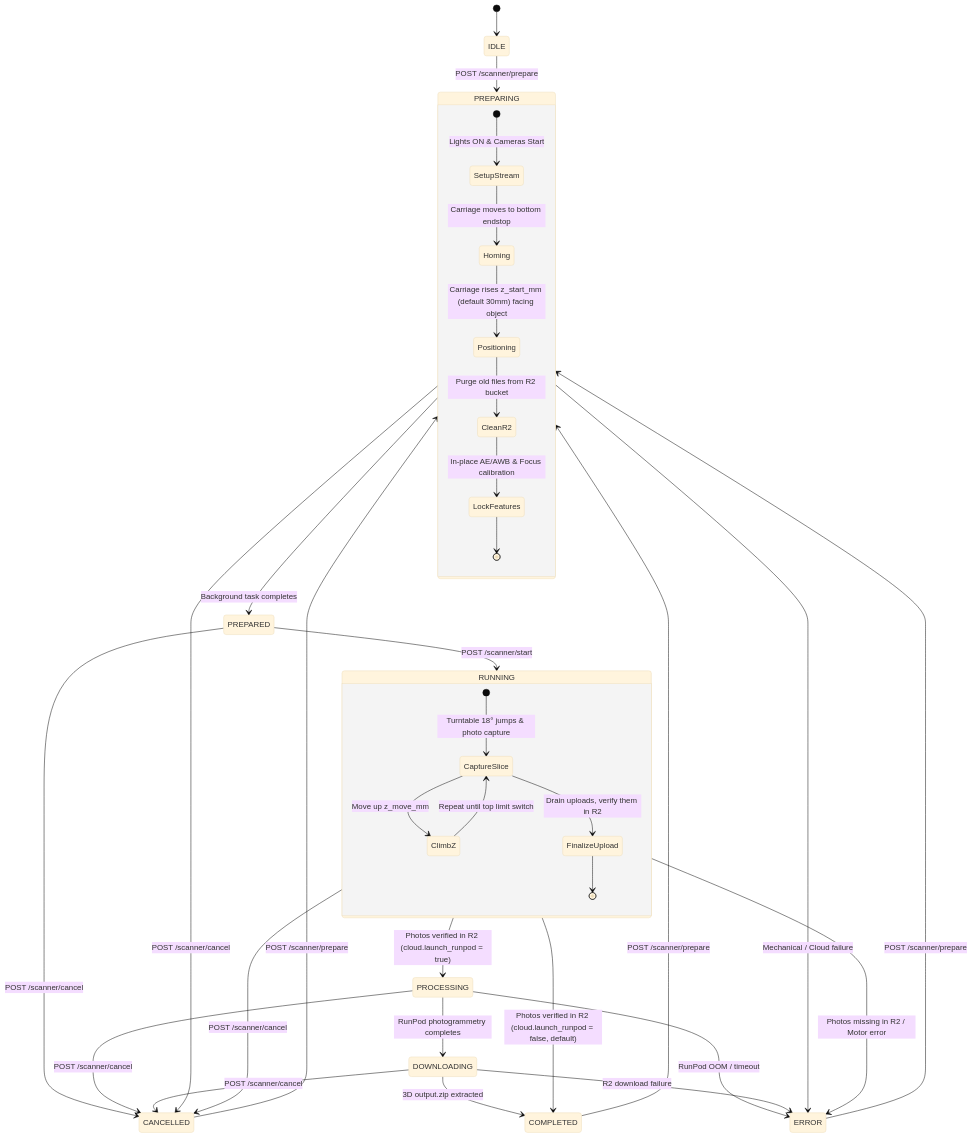
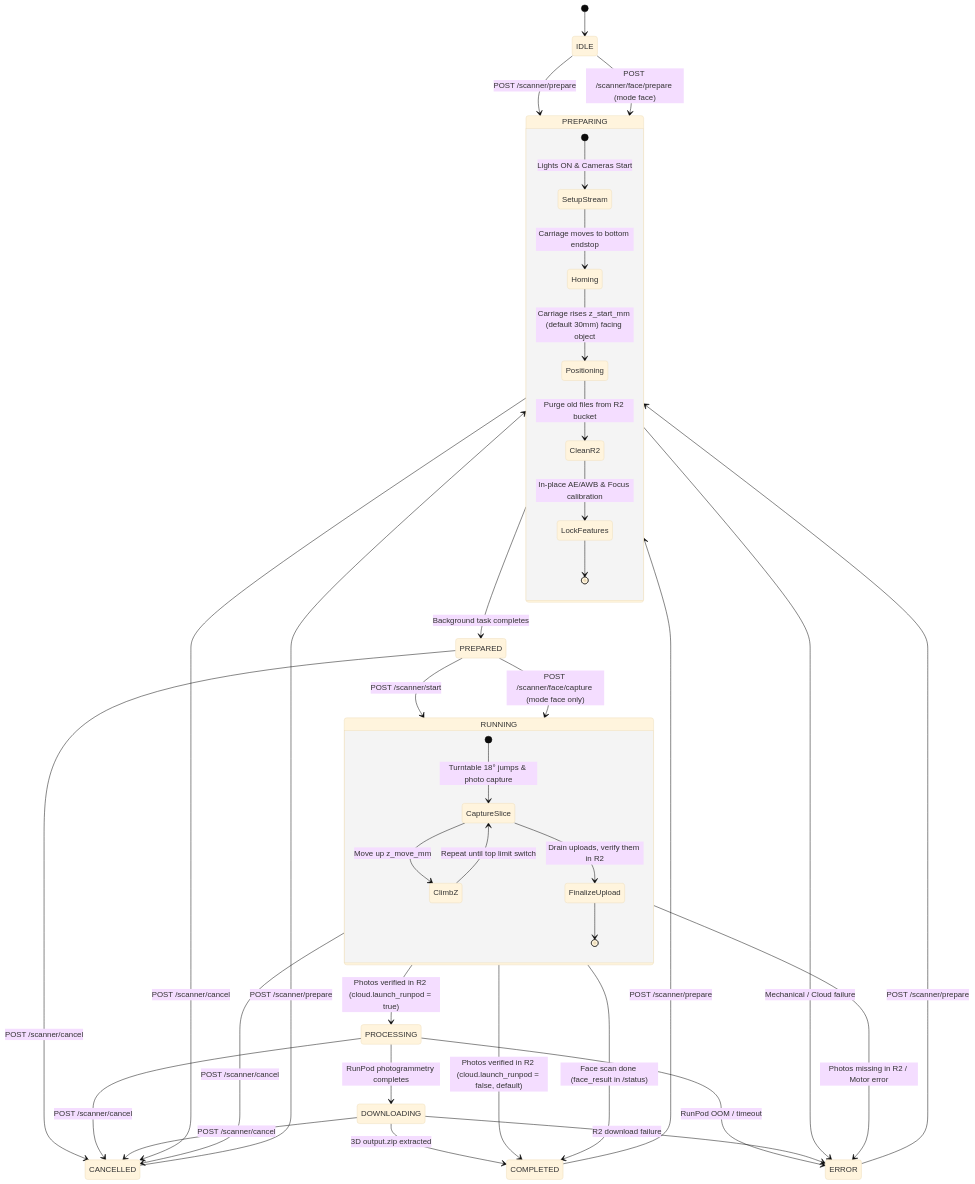
The diagram in router/docs/SCANNER_API.md (AlinC10/3d-scanner-raspberry-pi), drawn with Mermaid (base theme) before and after one commit. The commit also changed other lines of this file and 78 other files, not shown here.

````diff
--- a/router/docs/SCANNER_API.md
+++ b/router/docs/SCANNER_API.md
@@ -15,44 +19,48 @@
 ```mermaid
 stateDiagram-v2
     [*] --> IDLE
     IDLE --> PREPARING: POST /scanner/prepare
     COMPLETED --> PREPARING: POST /scanner/prepare
     CANCELLED --> PREPARING: POST /scanner/prepare
     ERROR --> PREPARING: POST /scanner/prepare
 
     state PREPARING {
         [*] --> SetupStream: Lights ON & Cameras Start
         SetupStream --> Homing: Carriage moves to bottom endstop
         Homing --> Positioning: Carriage rises z_start_mm (default 30mm) facing object
         Positioning --> CleanR2: Purge old files from R2 bucket
         CleanR2 --> LockFeatures: In-place AE/AWB & Focus calibration
         LockFeatures --> [*]
     }
 
     PREPARING --> PREPARED: Background task completes
     PREPARED --> RUNNING: POST /scanner/start
 
     state RUNNING {
         [*] --> CaptureSlice: Turntable 18° jumps & photo capture
         CaptureSlice --> ClimbZ: Move up z_move_mm
         ClimbZ --> CaptureSlice: Repeat until top limit switch
         CaptureSlice --> FinalizeUpload: Drain uploads, verify them in R2
         FinalizeUpload --> [*]
     }
 
     RUNNING --> COMPLETED: Photos verified in R2 (cloud.launch_runpod = false, default)
     RUNNING --> PROCESSING: Photos verified in R2 (cloud.launch_runpod = true)
     PROCESSING --> DOWNLOADING: RunPod photogrammetry completes
     DOWNLOADING --> COMPLETED: 3D output.zip extracted
 
+    IDLE --> PREPARING: POST /scanner/face/prepare (mode face)
+    PREPARED --> RUNNING: POST /scanner/face/capture (mode face only)
+    RUNNING --> COMPLETED: Face scan done (face_result in /status)
+
     PREPARING --> CANCELLED: POST /scanner/cancel
     PREPARED --> CANCELLED: POST /scanner/cancel
     RUNNING --> CANCELLED: POST /scanner/cancel
     PROCESSING --> CANCELLED: POST /scanner/cancel
     DOWNLOADING --> CANCELLED: POST /scanner/cancel
 
     PREPARING --> ERROR: Mechanical / Cloud failure
     RUNNING --> ERROR: Photos missing in R2 / Motor error
     PROCESSING --> ERROR: RunPod OOM / timeout
     DOWNLOADING --> ERROR: R2 download failure
 ```
````
